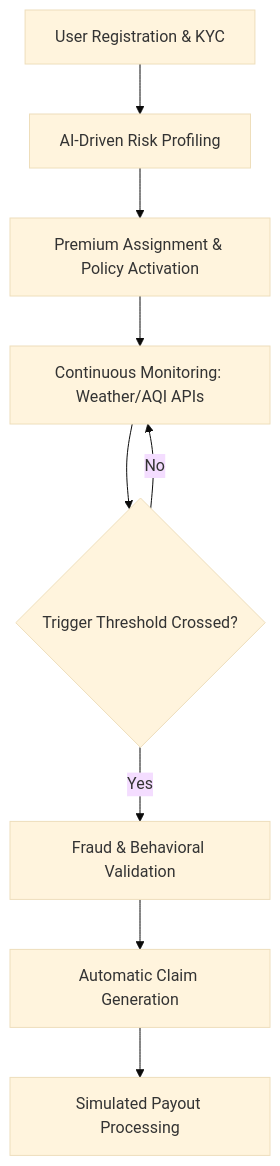
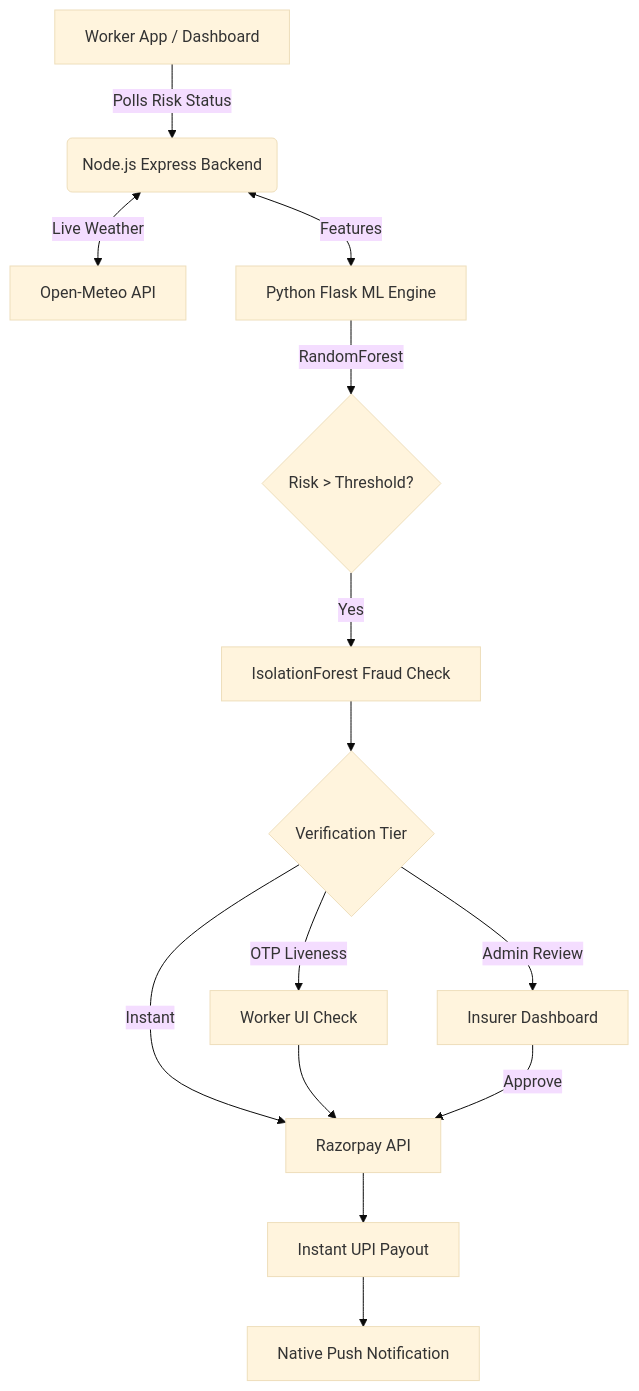
The diagram in README.md (Mekala-Sanjith3/RiskShield-Gig), drawn with Mermaid (base theme) before and after one commit. The commit also changed other lines of this file and 28 other files, not shown here.

Commit message:
feat: complete RiskShield ML models, Razorpay payouts, and admin intelligence

````diff
--- a/README.md
+++ b/README.md
@@ -58,11 +50,19 @@
 ```mermaid
 graph TD
-    A[User Registration & KYC] --> B[AI-Driven Risk Profiling]
-    B --> C[Premium Assignment & Policy Activation]
-    C --> D[Continuous Monitoring: Weather/AQI APIs]
-    D --> E{Trigger Threshold Crossed?}
-    E -- Yes --> F[Fraud & Behavioral Validation]
-    F --> G[Automatic Claim Generation]
-    G --> H[Simulated Payout Processing]
-    E -- No --> D
+    A[Worker App / Dashboard] -->|Polls Risk Status| B(Node.js Express Backend)
+    B <-->|Live Weather| C[Open-Meteo API]
+    B <-->|Features| D[Python Flask ML Engine]
+    D -->|RandomForest| E{Risk > Threshold?}
+    
+    E -- Yes --> F[IsolationForest Fraud Check]
+    F --> G{Verification Tier}
+    
+    G -- Instant --> H[Razorpay API]
+    G -- OTP Liveness --> I[Worker UI Check]
+    I --> H
+    G -- Admin Review --> J[Insurer Dashboard]
+    J -->|Approve| H
+    
+    H --> K[Instant UPI Payout]
+    K --> L[Native Push Notification]
 ```
````
